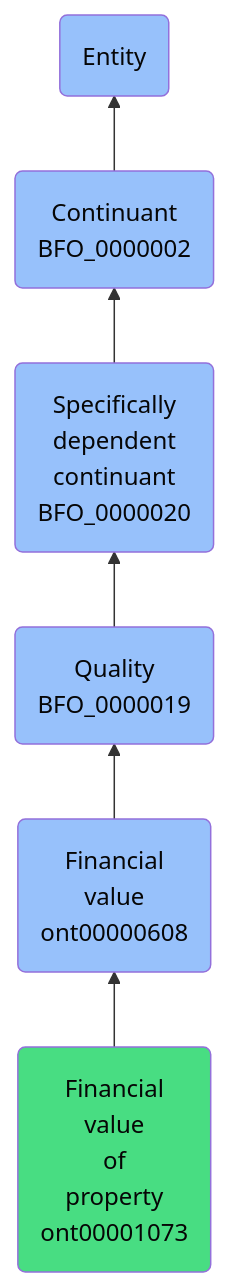
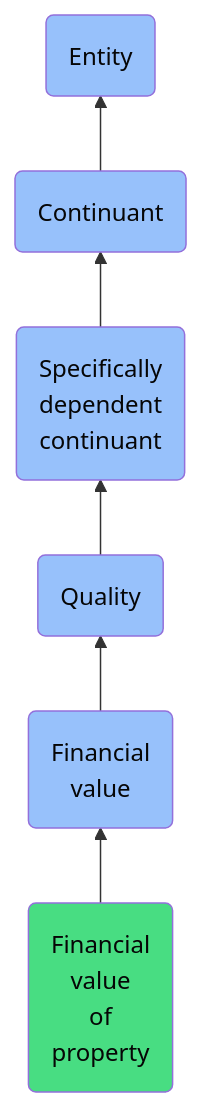
The diagram in docs/ontology/reference/model/Entity/Continuant/Specifically dependent continuant/Quality/Financial value/Financial value of property/Financial value of property.md (jupyter-naas/abi), drawn with Mermaid before and after one commit. The commit also changed other lines of this file and 1430 other files, not shown here.

````diff
--- a/docs/ontology/reference/model/Entity/Continuant/Specifically dependent continuant/Quality/Financial value/Financial value of property/Financial value of property.md
+++ b/docs/ontology/reference/model/Entity/Continuant/Specifically dependent continuant/Quality/Financial value/Financial value of property/Financial value of property.md
@@ -24,13 +24,13 @@
 ```mermaid
 graph BT
-    ont00001073(Financial<br>value<br>of<br>property<br>ont00001073):::ABI-->ont00000608
-    ont00000608(Financial<br>value<br>ont00000608):::BFO-->BFO_0000019
-    BFO_0000019(Quality<br>BFO_0000019):::BFO-->BFO_0000020
-    BFO_0000020(Specifically<br>dependent<br>continuant<br>BFO_0000020):::BFO-->BFO_0000002
-    BFO_0000002(Continuant<br>BFO_0000002):::BFO-->BFO_0000001
+    ont00001073(Financial<br>value<br>of<br>property):::ABI-->ont00000608
+    ont00000608(Financial<br>value):::BFO-->BFO_0000019
+    BFO_0000019(Quality):::BFO-->BFO_0000020
+    BFO_0000020(Specifically<br>dependent<br>continuant):::BFO-->BFO_0000002
+    BFO_0000002(Continuant):::BFO-->BFO_0000001
     BFO_0000001(Entity):::BFO
     
     classDef BFO fill:#97c1fb,color:#060606
     classDef CCO fill:#e4c51e,color:#060606
     classDef ABI fill:#48DD82,color:#060606
 ```
````
